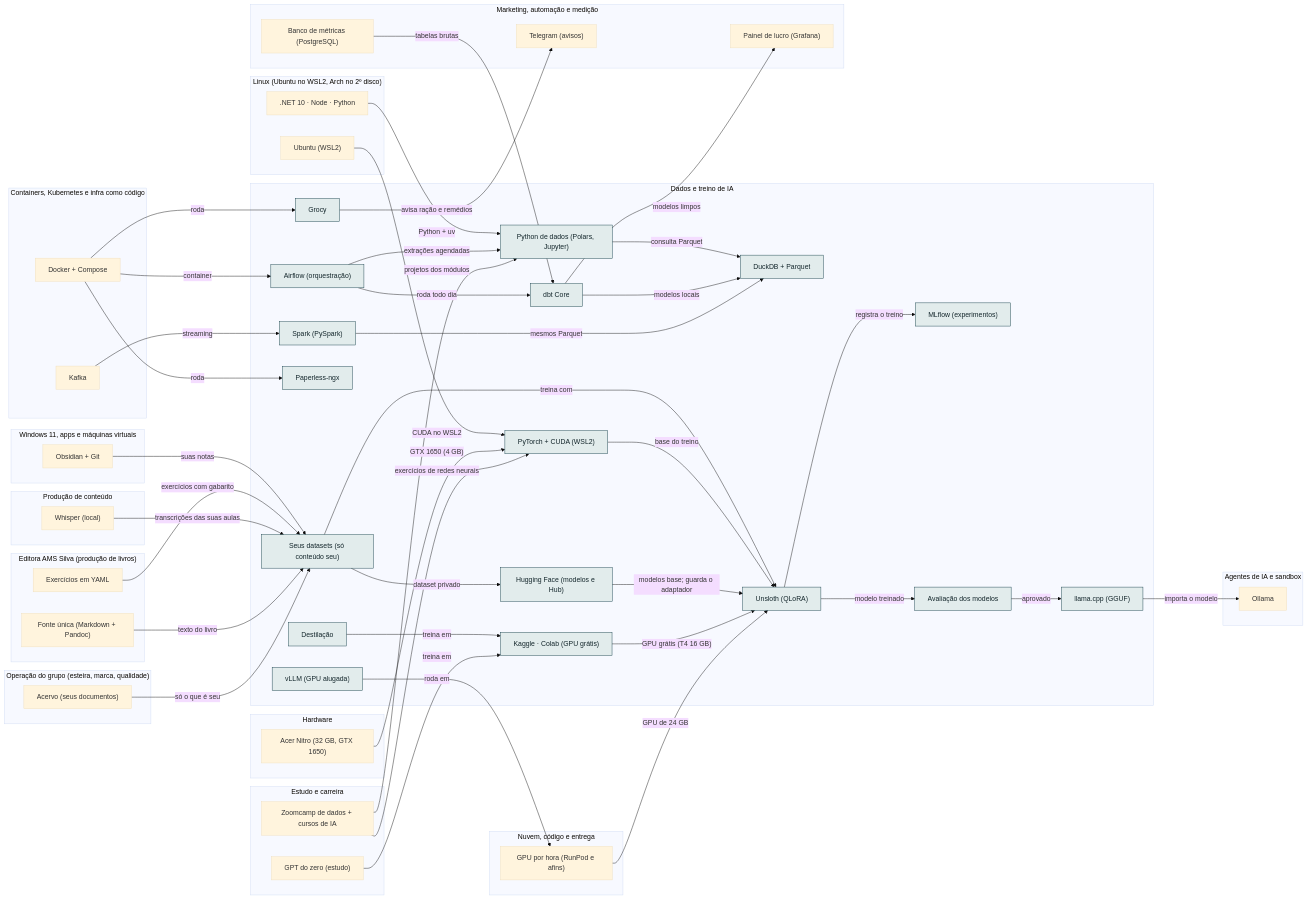
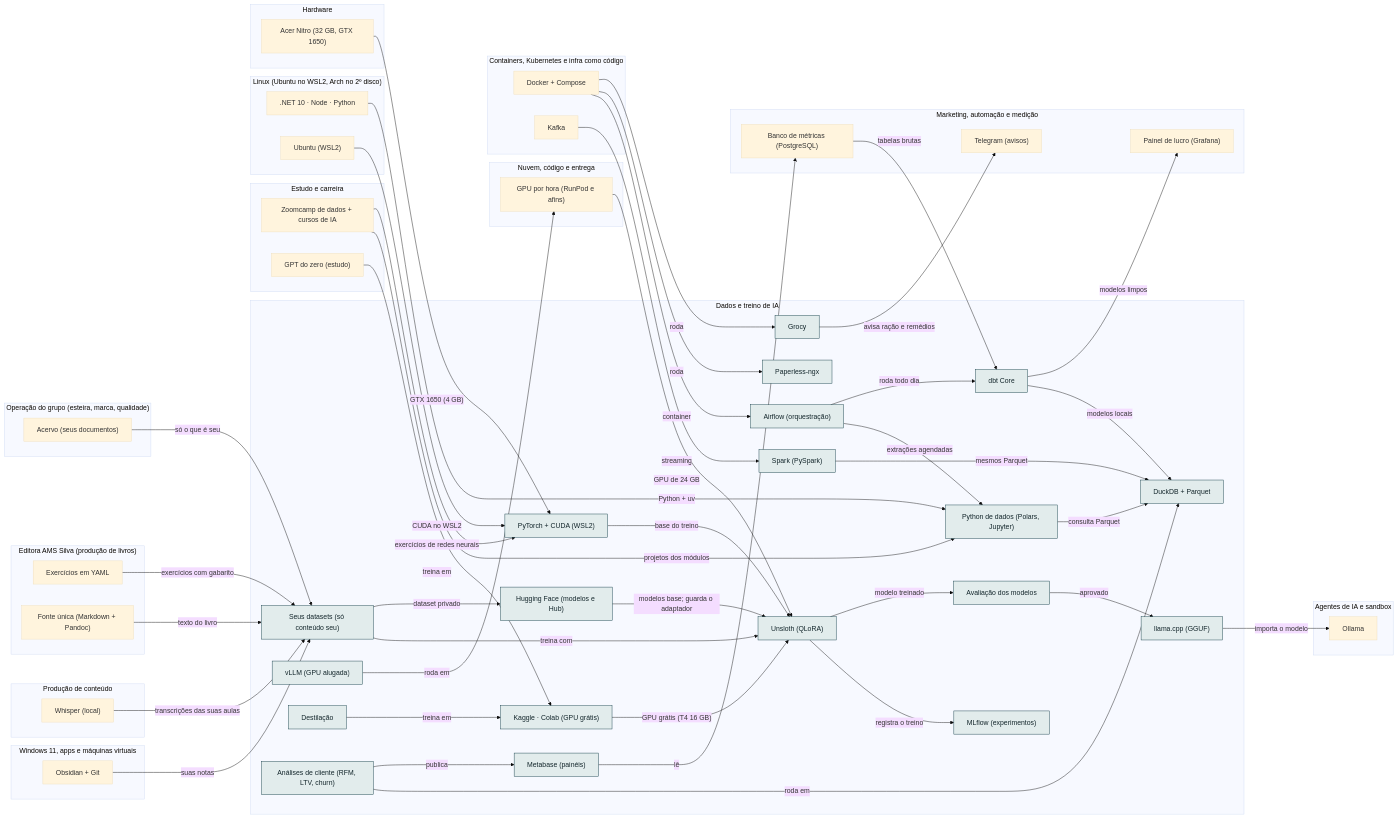
Before and after one commit to AlanMateus17/dev-setup: the diagram in docs/camadas/06-dados.md, drawn with Mermaid (base theme). The commit also changed other lines of this file and 39 other files, not shown here.

````diff
--- a/docs/camadas/06-dados.md
+++ b/docs/camadas/06-dados.md
@@ -31,6 +31,8 @@
     n_grocy["Grocy"]
     n_vllm["vLLM (GPU alugada)"]
     n_destilacao["Destilação"]
+    n_metabase["Metabase (painéis)"]
+    n_analises["Análises de cliente (RFM, LTV, churn)"]
   end
   subgraph L_oper["Operação do grupo (esteira, marca, qualidade)"]
     n_acv["Acervo (seus documentos)"]
@@ -77,6 +79,7 @@
   n_dez -->|"projetos dos módulos"| n_pyds
   n_dbt -->|"modelos locais"| n_duck
   n_spark -->|"mesmos Parquet"| n_duck
+  n_analises -->|"roda em"| n_duck
   n_dbt -->|"modelos limpos"| n_painel
   n_metrics -->|"tabelas brutas"| n_dbt
   n_orq -->|"roda todo dia"| n_dbt
@@ -106,6 +109,8 @@
   n_grocy -->|"avisa ração e remédios"| n_tg
   n_docker -->|"roda"| n_grocy
   n_vllm -->|"roda em"| n_gpuh
+  n_metabase -->|"lê"| n_metrics
+  n_analises -->|"publica"| n_metabase
   classDef desta fill:#e2ecec,stroke:#0e3a45,color:#13262b
-  class n_pyds,n_duck,n_dbt,n_orq,n_spark,n_dset,n_torch,n_hf,n_unsl,n_kgl,n_mlflow,n_evals,n_gguf,n_paperless,n_grocy,n_vllm,n_destilacao desta
+  class n_pyds,n_duck,n_dbt,n_orq,n_spark,n_dset,n_torch,n_hf,n_unsl,n_kgl,n_mlflow,n_evals,n_gguf,n_paperless,n_grocy,n_vllm,n_destilacao,n_metabase,n_analises desta
 ```
````
